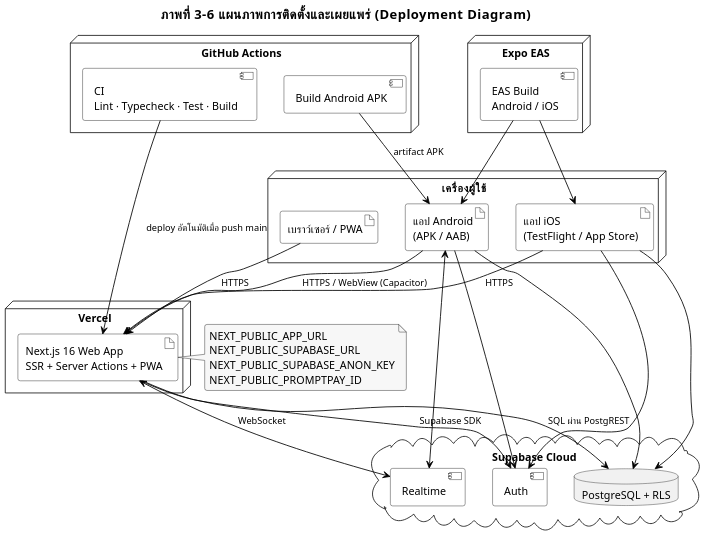
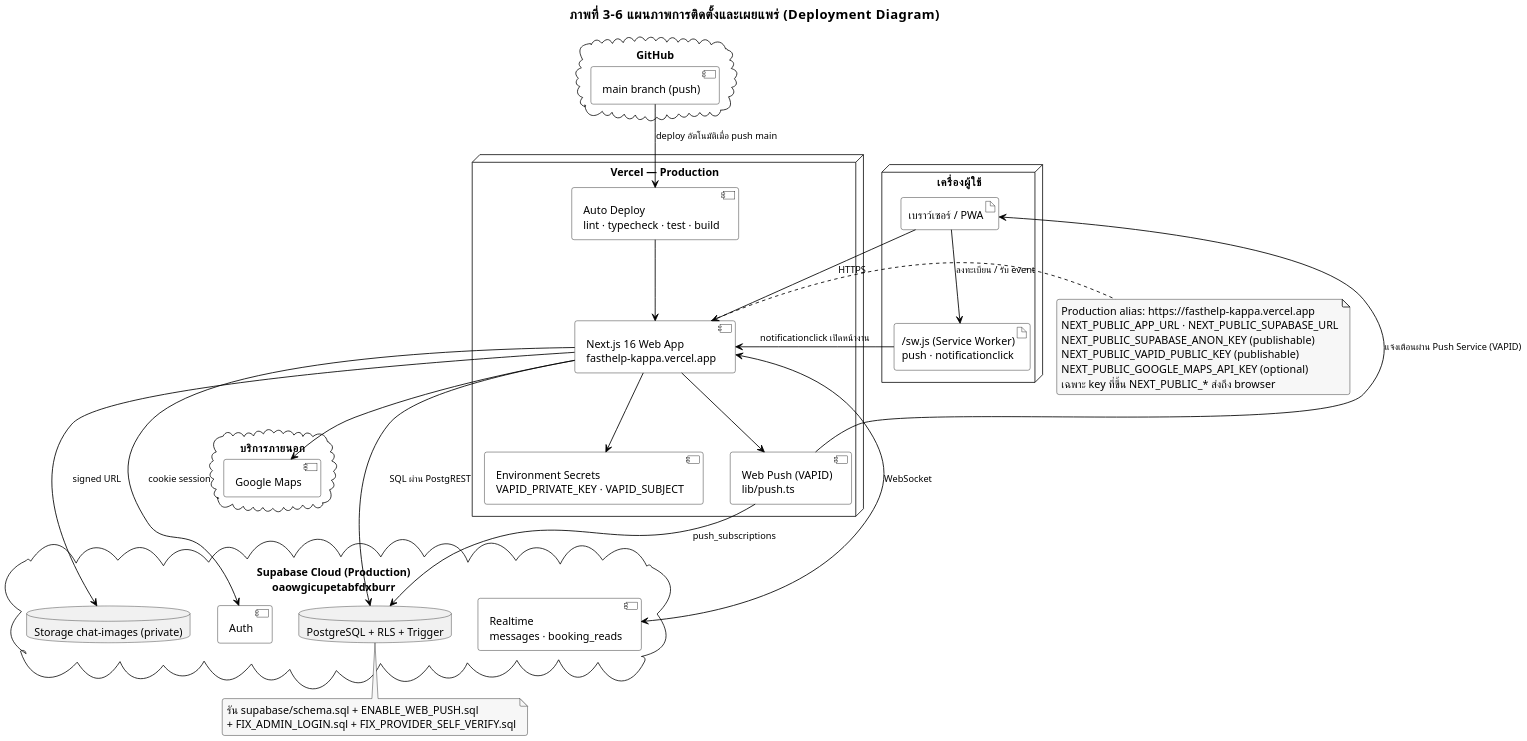
One commit to sarunyu-d-commits/Fasthelpservice changed the diagram in docs/diagrams/06-deployment.puml. Above: the diagram before and after it, drawn with PlantUML. The commit also changed 14 other files, not shown here.

Commit message:
docs: refresh report diagrams to match production web app

```diff
--- a/docs/diagrams/06-deployment.puml
+++ b/docs/diagrams/06-deployment.puml
@@ -1,77 +1,84 @@
 @startuml
 title ภาพที่ 3-6 แผนภาพการติดตั้งและเผยแพร่ (Deployment Diagram)
 
 skinparam backgroundColor #FFFFFF
 skinparam defaultFontName Tahoma
 skinparam defaultFontColor #000000
 skinparam defaultFontSize 14
 skinparam dpi 150
 skinparam shadowing false
 skinparam roundcorner 6
 skinparam ArrowColor #000000
 skinparam ArrowThickness 1.1
 skinparam ArrowFontColor #000000
 skinparam ArrowFontSize 12
 skinparam titleFontSize 17
 skinparam titleFontColor #000000
 skinparam nodeBackgroundColor #FFFFFF
 skinparam nodeBorderColor #000000
 skinparam cloudBackgroundColor #FFFFFF
 skinparam cloudBorderColor #000000
 skinparam artifactBackgroundColor #FFFFFF
 skinparam artifactBorderColor #000000
 skinparam componentBackgroundColor #FFFFFF
 skinparam componentBorderColor #000000
 skinparam noteBackgroundColor #F7F7F7
 skinparam noteBorderColor #000000
 
 node "เครื่องผู้ใช้" {
   artifact "เบราว์เซอร์ / PWA" as Browser
-  artifact "แอป Android\n(APK / AAB)" as Android
-  artifact "แอป iOS\n(TestFlight / App Store)" as iOS
+  artifact "/sw.js (Service Worker)\npush · notificationclick" as SW
 }
 
-node "Vercel" {
-  artifact "Next.js 16 Web App\nSSR + Server Actions + PWA" as Web
+cloud "GitHub" {
+  component "main branch (push)" as GH
 }
 
-cloud "Supabase Cloud" {
-  component "Auth" as Auth
-  database "PostgreSQL + RLS" as DB
-  component "Realtime" as RT
+node "Vercel — Production" {
+  component "Auto Deploy\nlint · typecheck · test · build" as CI
+  component "Next.js 16 Web App\nfasthelp-kappa.vercel.app" as Web
+  component "Web Push (VAPID)\nlib/push.ts" as Push
+  component "Environment Secrets\nVAPID_PRIVATE_KEY · VAPID_SUBJECT" as Secrets
 }
 
-node "GitHub Actions" {
-  component "CI\nLint · Typecheck · Test · Build" as CI
-  component "Build Android APK" as APKCI
+cloud "Supabase Cloud (Production)\noaowgicupetabfdxburr" {
+  component "Auth" as Auth
+  database "PostgreSQL + RLS + Trigger" as DB
+  component "Realtime\nmessages · booking_reads" as RT
+  database "Storage chat-images (private)" as Store
 }
 
-node "Expo EAS" {
-  component "EAS Build\nAndroid / iOS" as EAS
+cloud "บริการภายนอก" as External {
+  component "Google Maps" as Maps
 }
 
+GH --> CI : deploy อัตโนมัติเมื่อ push main
+CI --> Web
 Browser --> Web : HTTPS
-Android --> Web : HTTPS / WebView (Capacitor)
-iOS --> Web : HTTPS
-Web --> Auth : Supabase SDK
+Web --> Auth : cookie session
 Web --> DB : SQL ผ่าน PostgREST
 Web <--> RT : WebSocket
-Android --> Auth
-Android --> DB
-Android <--> RT
-iOS --> Auth
-iOS --> DB
-
-CI --> Web : deploy อัตโนมัติเมื่อ push main
-APKCI --> Android : artifact APK
-EAS --> Android
-EAS --> iOS
+Web --> Store : signed URL
+Web --> Maps
+Web --> Secrets
+Web --> Push
+Push --> DB : push_subscriptions
+Push --> Browser : แจ้งเตือนผ่าน Push Service (VAPID)
+Browser --> SW : ลงทะเบียน / รับ event
+SW --> Web : notificationclick เปิดหน้างาน
 
 note right of Web
-  NEXT_PUBLIC_APP_URL
-  NEXT_PUBLIC_SUPABASE_URL
-  NEXT_PUBLIC_SUPABASE_ANON_KEY
-  NEXT_PUBLIC_PROMPTPAY_ID
+  Production alias: https://fasthelp-kappa.vercel.app
+  NEXT_PUBLIC_APP_URL · NEXT_PUBLIC_SUPABASE_URL
+  NEXT_PUBLIC_SUPABASE_ANON_KEY (publishable)
+  NEXT_PUBLIC_VAPID_PUBLIC_KEY (publishable)
+  NEXT_PUBLIC_GOOGLE_MAPS_API_KEY (optional)
+  เฉพาะ key ที่ขึ้น NEXT_PUBLIC_* ส่งถึง browser
+end note
+
+note bottom of DB
+  รัน supabase/schema.sql + ENABLE_WEB_PUSH.sql
+  + FIX_ADMIN_LOGIN.sql + FIX_PROVIDER_SELF_VERIFY.sql
 end note
 
 @enduml
```
